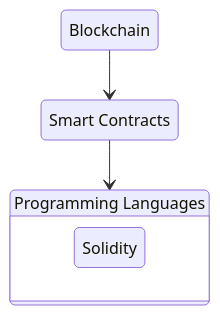
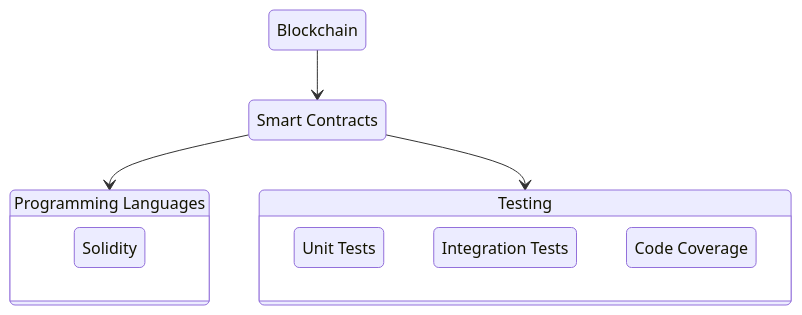
One commit to farunurisonmez/farunurisonmez changed the third of 3 diagrams in README.md. Above: the diagram before and after it, drawn with Mermaid.

````diff
--- a/README.md
+++ b/README.md
@@ -85,10 +85,16 @@
 ```mermaid
   stateDiagram-v2
     SmartContracts: Smart Contracts
     Blockchain --> SmartContracts
     ProgrammingLanguages: Programming Languages
     SmartContracts --> ProgrammingLanguages
     state ProgrammingLanguages {
         Solidity
-      }
+    }
+    SmartContracts --> Testing
+    state Testing {
+        UnitTests: Unit Tests
+        IntegrationTests: Integration Tests
+        CodeCoverage: Code Coverage
+    }
 ```
````
